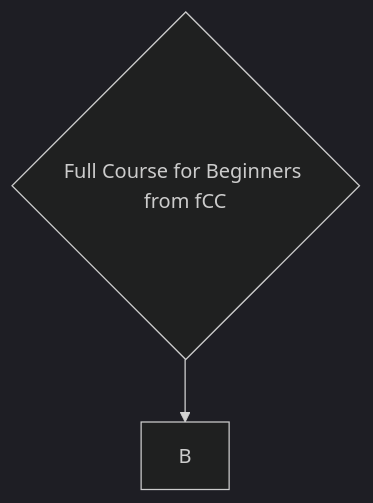
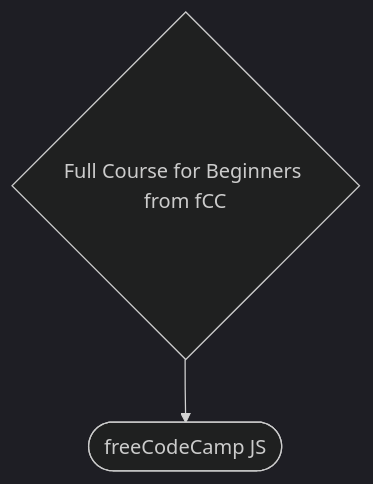
Diagram 11 of 11 in README.md (bazankamil/PersonalRoadmap), drawn with Mermaid (dark theme) before and after one commit. The commit also changed other lines of this file, not shown here.

````diff
--- a/README.md
+++ b/README.md
@@ -200,4 +204,4 @@
 ```mermaid
 flowchart
-A{Full Course for Beginners from fCC} --> B
+A{Full Course for Beginners from fCC} --> B([freeCodeCamp JS])
 ```
````
